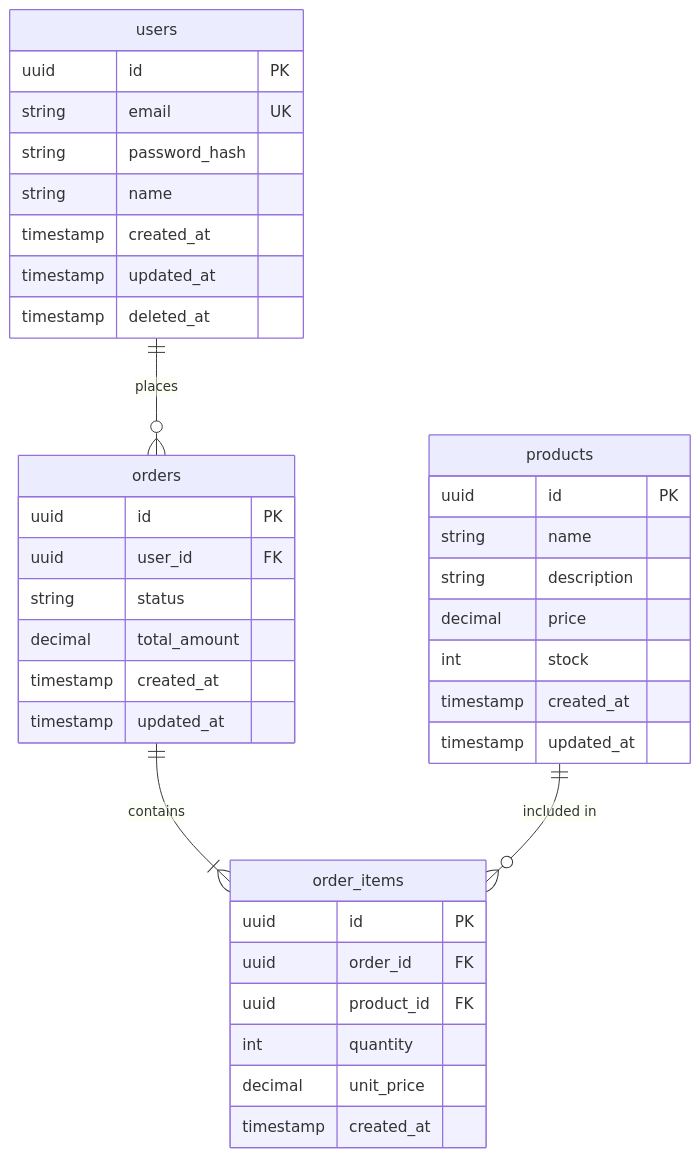
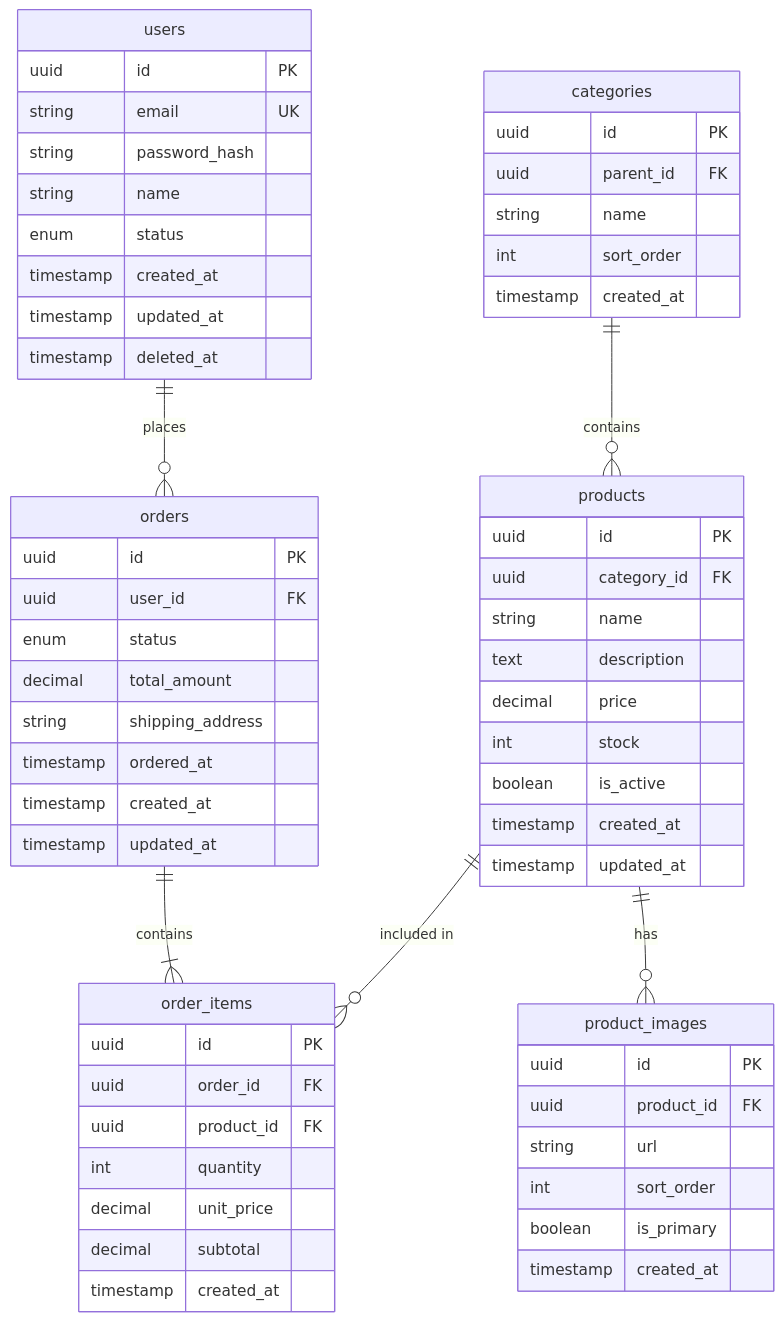
One commit to Wondermove-Inc/calab-claude-plugin changed the first of 3 diagrams in .claude/templates/erd-template.md. Above: the diagram before and after it, drawn with Mermaid. The commit also changed other lines of this file and 47 other files, not shown here.

````diff
--- a/.claude/templates/erd-template.md
+++ b/.claude/templates/erd-template.md
@@ -15,43 +71,68 @@
 ```mermaid
 erDiagram
     users ||--o{ orders : places
     users {
         uuid id PK
         string email UK
         string password_hash
         string name
+        enum status
         timestamp created_at
         timestamp updated_at
         timestamp deleted_at
     }
 
     orders ||--|{ order_items : contains
     orders {
         uuid id PK
         uuid user_id FK
-        string status
+        enum status
         decimal total_amount
+        string shipping_address
+        timestamp ordered_at
         timestamp created_at
         timestamp updated_at
     }
 
     products ||--o{ order_items : "included in"
+    products ||--o{ product_images : has
     products {
         uuid id PK
+        uuid category_id FK
         string name
-        string description
+        text description
         decimal price
         int stock
+        boolean is_active
         timestamp created_at
         timestamp updated_at
+    }
+
+    categories ||--o{ products : contains
+    categories {
+        uuid id PK
+        uuid parent_id FK
+        string name
+        int sort_order
+        timestamp created_at
     }
 
     order_items {
         uuid id PK
         uuid order_id FK
         uuid product_id FK
         int quantity
         decimal unit_price
+        decimal subtotal
+        timestamp created_at
+    }
+
+    product_images {
+        uuid id PK
+        uuid product_id FK
+        string url
+        int sort_order
+        boolean is_primary
         timestamp created_at
     }
 ```
````
